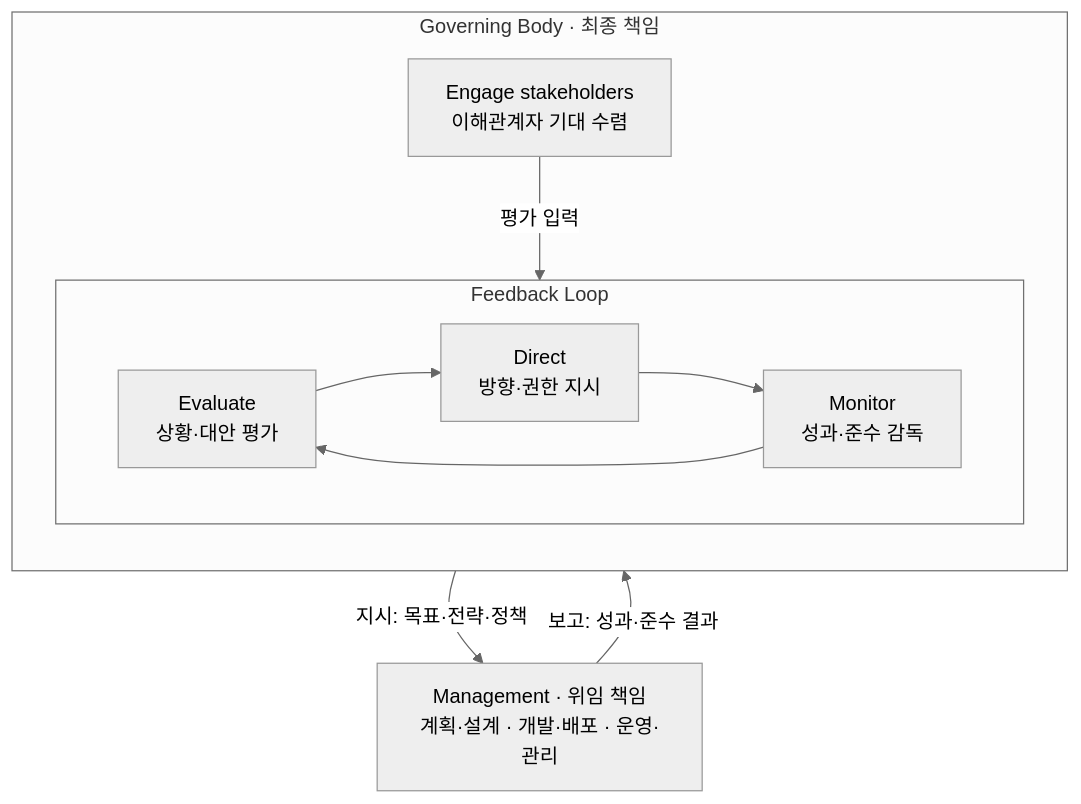
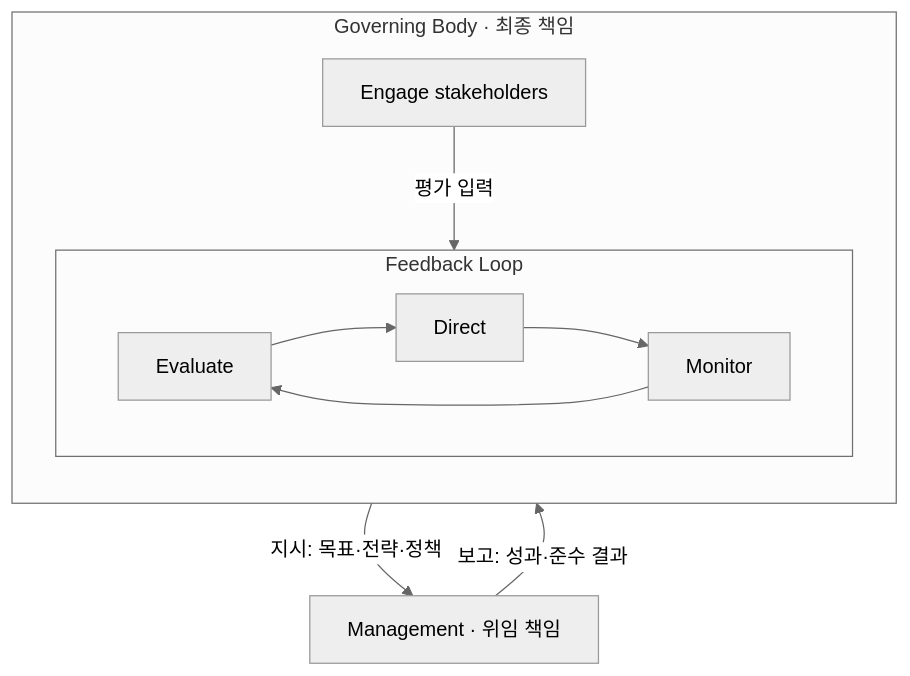
Before and after one commit to agnusdei1207/study: the first of 3 diagrams in src/content/docs/notes/itpe/01-it-strategy/002_iso_iec_38500.md, drawn with Mermaid (neutral theme). The commit also changed other lines of this file, not shown here.

````diff
--- a/src/content/docs/notes/itpe/01-it-strategy/002_iso_iec_38500.md
+++ b/src/content/docs/notes/itpe/01-it-strategy/002_iso_iec_38500.md
@@ -50,15 +50,15 @@
 ```mermaid
 flowchart TB
     subgraph GB["Governing Body · 최종 책임"]
         direction TB
-        ST["Engage stakeholders<br/>이해관계자 기대 수렴"]
+        ST["Engage stakeholders"]
         subgraph LOOP["Feedback Loop"]
             direction LR
-            E["Evaluate<br/>상황·대안 평가"] --> D["Direct<br/>방향·권한 지시"] --> M["Monitor<br/>성과·준수 감독"] --> E
+            E["Evaluate"] --> D["Direct"] --> M["Monitor"] --> E
         end
         ST -->|평가 입력| LOOP
     end
-    MG["Management · 위임 책임<br/>계획·설계 · 개발·배포 · 운영·관리"]
+    MG["Management · 위임 책임"]
     GB -->|지시: 목표·전략·정책| MG
     MG -->|보고: 성과·준수 결과| GB
 ```
````
